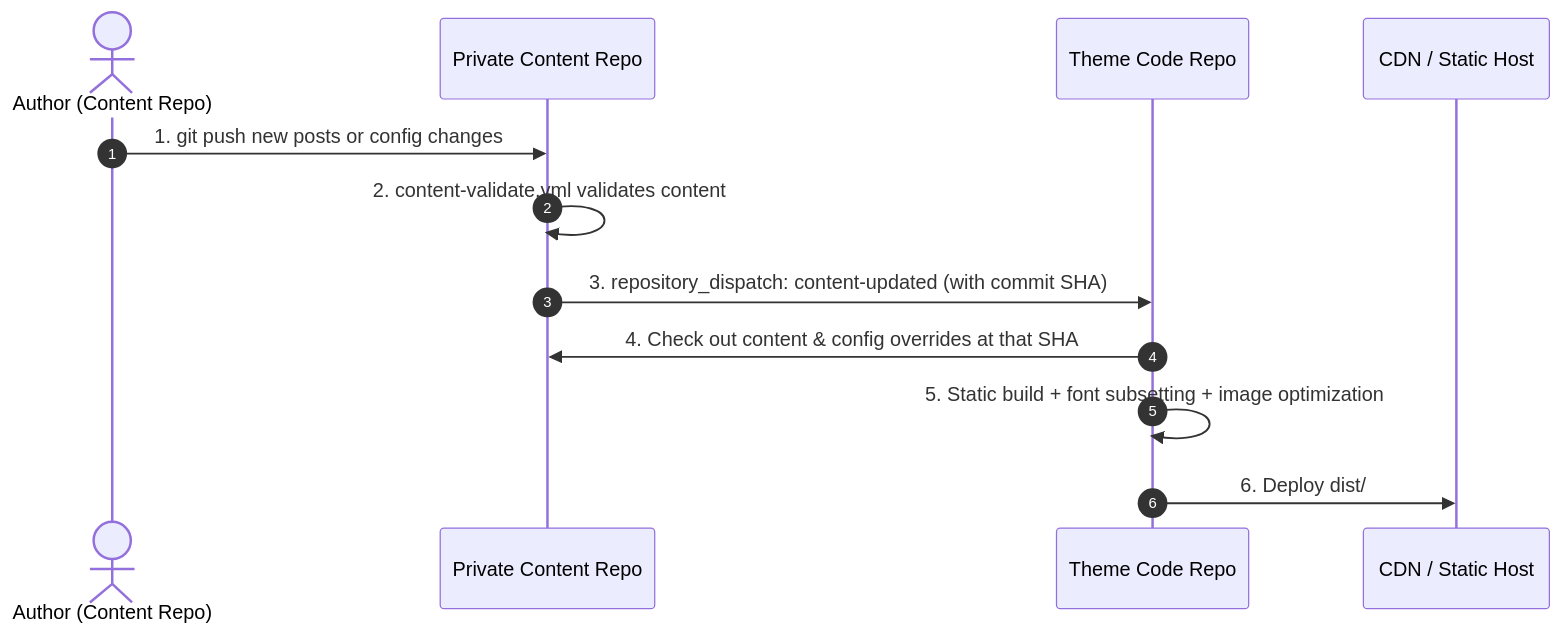
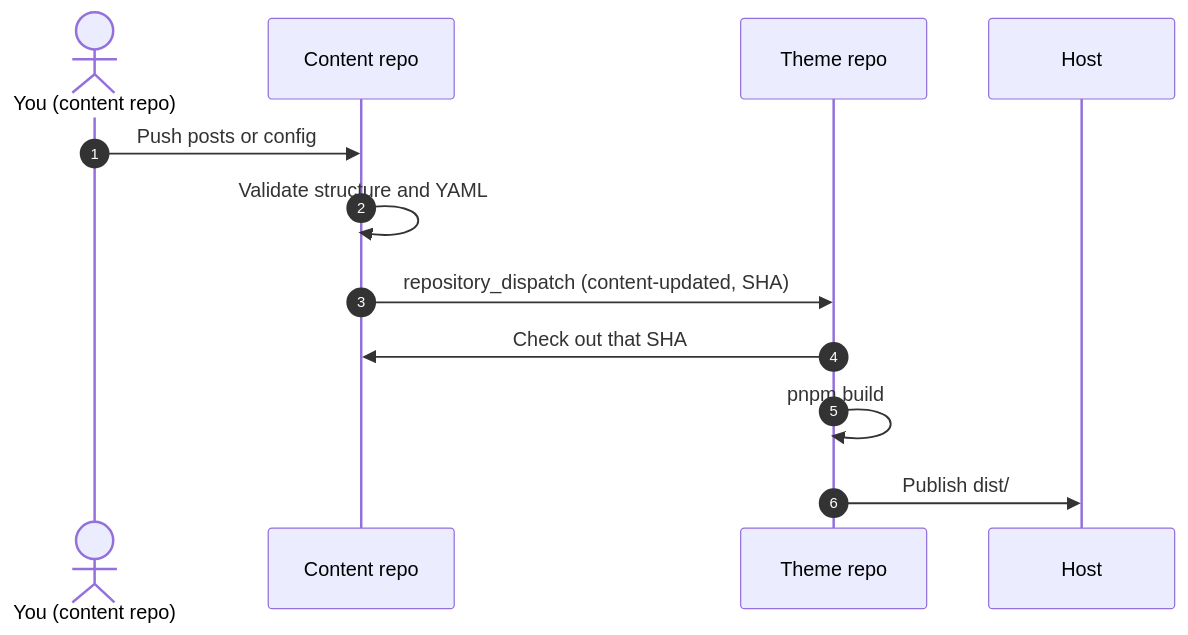
The diagram in docs/en/guide/content-separation/ci-dispatch/README.md (LyraVoid/Shirone-Docs), drawn with Mermaid before and after one commit. The commit also changed other lines of this file and 21 other files, not shown here.

````diff
--- a/docs/en/guide/content-separation/ci-dispatch/README.md
+++ b/docs/en/guide/content-separation/ci-dispatch/README.md
@@ -14,15 +9,15 @@
 ```mermaid
 sequenceDiagram
     autonumber
-    actor Author as Author (Content Repo)
-    participant ContentRepo as Private Content Repo
-    participant ThemeRepo as Theme Code Repo
-    participant DeployTarget as CDN / Static Host
+    actor Author as You (content repo)
+    participant ContentRepo as Content repo
+    participant ThemeRepo as Theme repo
+    participant Host as Host
 
-    Author->>ContentRepo: 1. git push new posts or config changes
-    ContentRepo->>ContentRepo: 2. content-validate.yml validates content
-    ContentRepo->>ThemeRepo: 3. repository_dispatch: content-updated (with commit SHA)
-    ThemeRepo->>ContentRepo: 4. Check out content & config overrides at that SHA
-    ThemeRepo->>ThemeRepo: 5. Static build + font subsetting + image optimization
-    ThemeRepo->>DeployTarget: 6. Deploy dist/
+    Author->>ContentRepo: Push posts or config
+    ContentRepo->>ContentRepo: Validate structure and YAML
+    ContentRepo->>ThemeRepo: repository_dispatch (content-updated, SHA)
+    ThemeRepo->>ContentRepo: Check out that SHA
+    ThemeRepo->>ThemeRepo: pnpm build
+    ThemeRepo->>Host: Publish dist/
 ```
````
